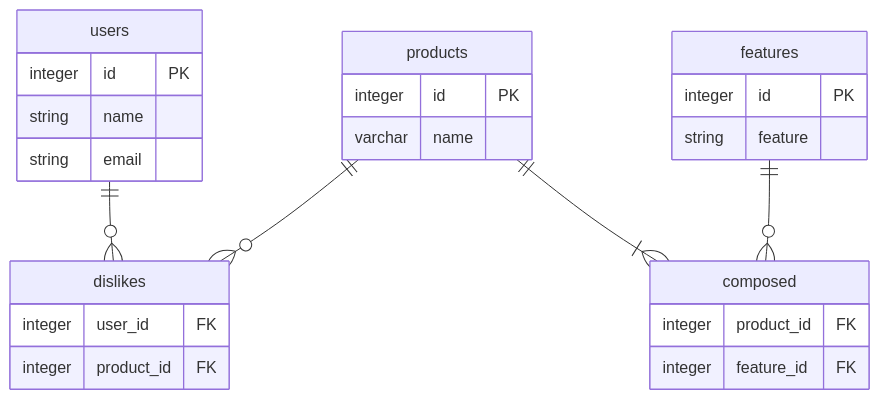
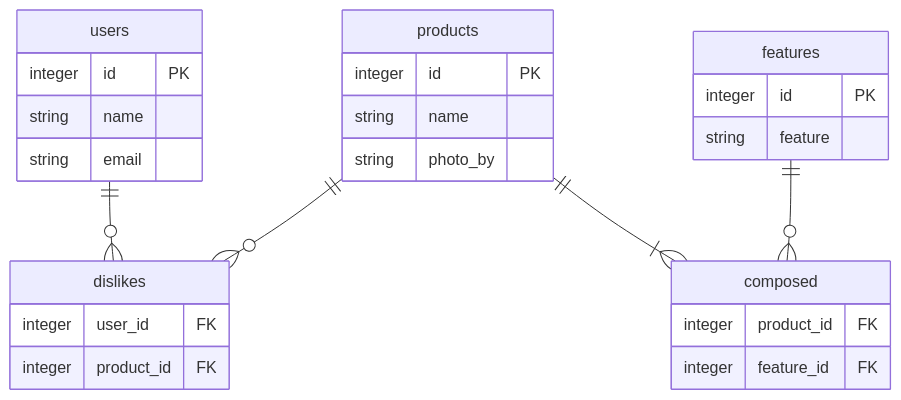
Before and after one commit to bellmmm/original_rails_app: the diagram in README.md, drawn with Mermaid.

Commit message:
[docs] corrected column-type

````diff
--- a/README.md
+++ b/README.md
@@ -135,34 +135,35 @@
 ```mermaid
 erDiagram
 
 users ||--o{ dislikes: ""
 products ||--o{ dislikes:""
 products ||--|{ composed:""
 features ||--o{ composed:""
 
 users {
   integer id PK
   string name
   string email
 }
 
 dislikes {
   integer user_id FK
   integer product_id FK
 }
 
 products {
   integer id PK
-  varchar name 
+  string name
+  string photo_by 
 }
 
 composed {
   integer product_id FK
   integer feature_id FK
 }
 
 features {
   integer id PK
   string feature
 }
 ```
````
